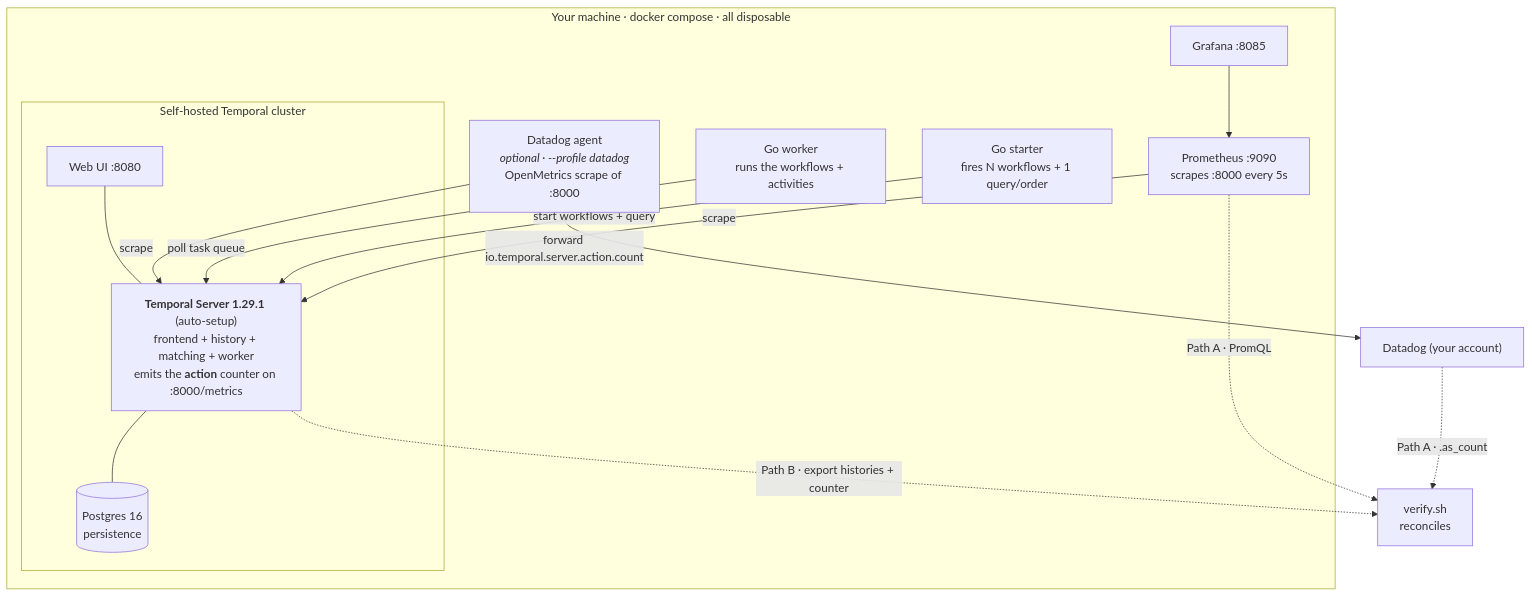
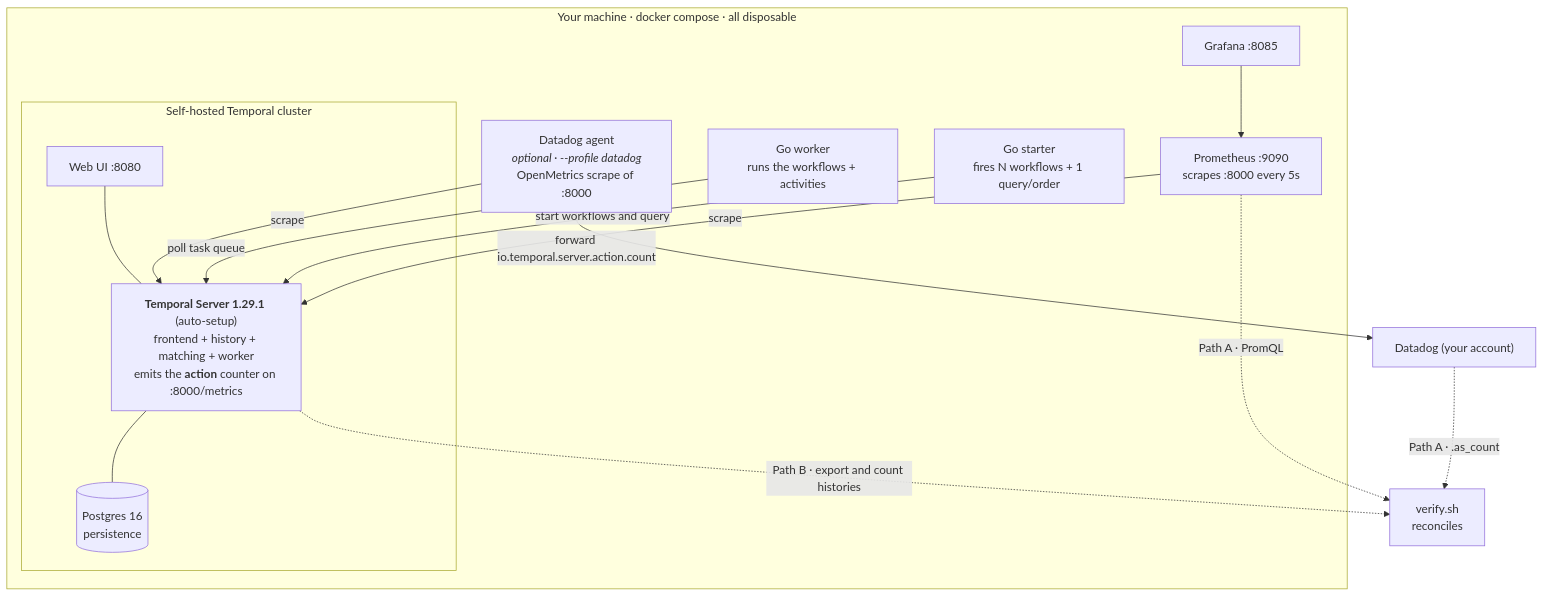
One commit to dustinruehle/temporal-self-hosted-action-count changed the first of 2 diagrams in harness/README.md. Above: the diagram before and after it, drawn with Mermaid. The commit also changed other lines of this file, not shown here.

First line of the commit message:
Fix Mermaid sequence diagram parse errors

````diff
--- a/harness/README.md
+++ b/harness/README.md
@@ -14,27 +14,27 @@
 ```mermaid
 flowchart TB
   subgraph host["Your machine · docker compose · all disposable"]
     subgraph cluster["Self-hosted Temporal cluster"]
       T["<b>Temporal Server 1.29.1</b> (auto-setup)<br/>frontend + history + matching + worker<br/>emits the <b>action</b> counter on :8000/metrics"]
       PG[("Postgres 16<br/>persistence")]
       UI["Web UI :8080"]
       T --- PG
       UI --- T
     end
     PROM["Prometheus :9090<br/>scrapes :8000 every 5s"]
     GRAF["Grafana :8085"]
     DDA["Datadog agent<br/><i>optional · --profile datadog</i><br/>OpenMetrics scrape of :8000"]
     WORK["Go worker<br/>runs the workflows + activities"]
     START["Go starter<br/>fires N workflows + 1 query/order"]
     PROM -->|scrape| T
     GRAF --> PROM
     DDA -->|scrape| T
     WORK -->|poll task queue| T
-    START -->|start workflows + query| T
+    START -->|start workflows and query| T
   end
   DDA -->|forward io.temporal.server.action.count| DDCLOUD["Datadog (your account)"]
 
   PROM -.->|Path A · PromQL| V["verify.sh<br/>reconciles"]
   DDCLOUD -.->|Path A · .as_count| V
-  T -.->|Path B · export histories + counter| V
+  T -.->|Path B · export and count histories| V
 ```
````
